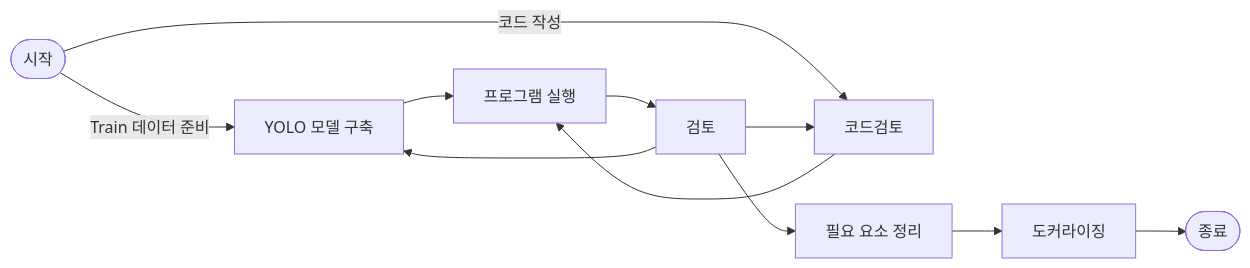
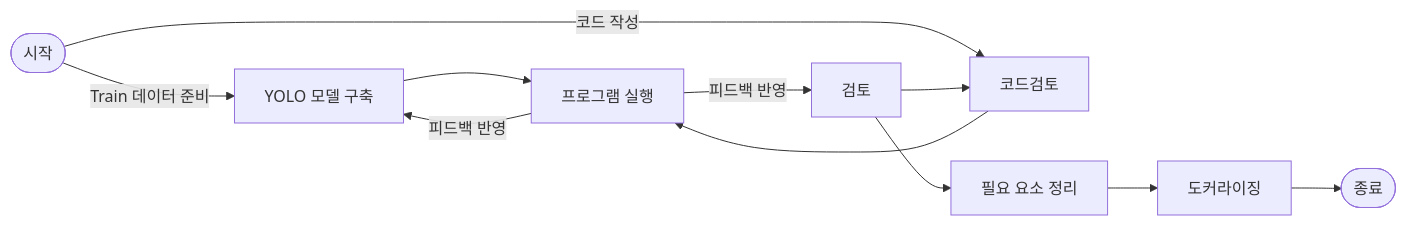
The diagram in README.md (gamdumdum/my-project), drawn with Mermaid before and after one commit.

````diff
--- a/README.md
+++ b/README.md
@@ -1,18 +1,17 @@
 ```mermaid
 flowchart LR
     시작([시작])
     시작 -->|Train 데이터 준비| Yolo[YOLO 모델 구축]
     시작 -->|코드 작성| 코드검토[코드검토]
 
-    실행 --> 검토[검토]
     Yolo --> 실행[프로그램 실행]
     코드검토 --> 실행
 
-    
-    검토 --> Yolo
+    실행 -->|피드백 반영| 검토[검토]
+    실행 -->|피드백 반영| Yolo
+
     검토 --> 코드검토
-
     검토 --> 정리[필요 요소 정리]
     정리 --> 도커[도커라이징]
     도커 --> 종료([종료])
 ```
````
